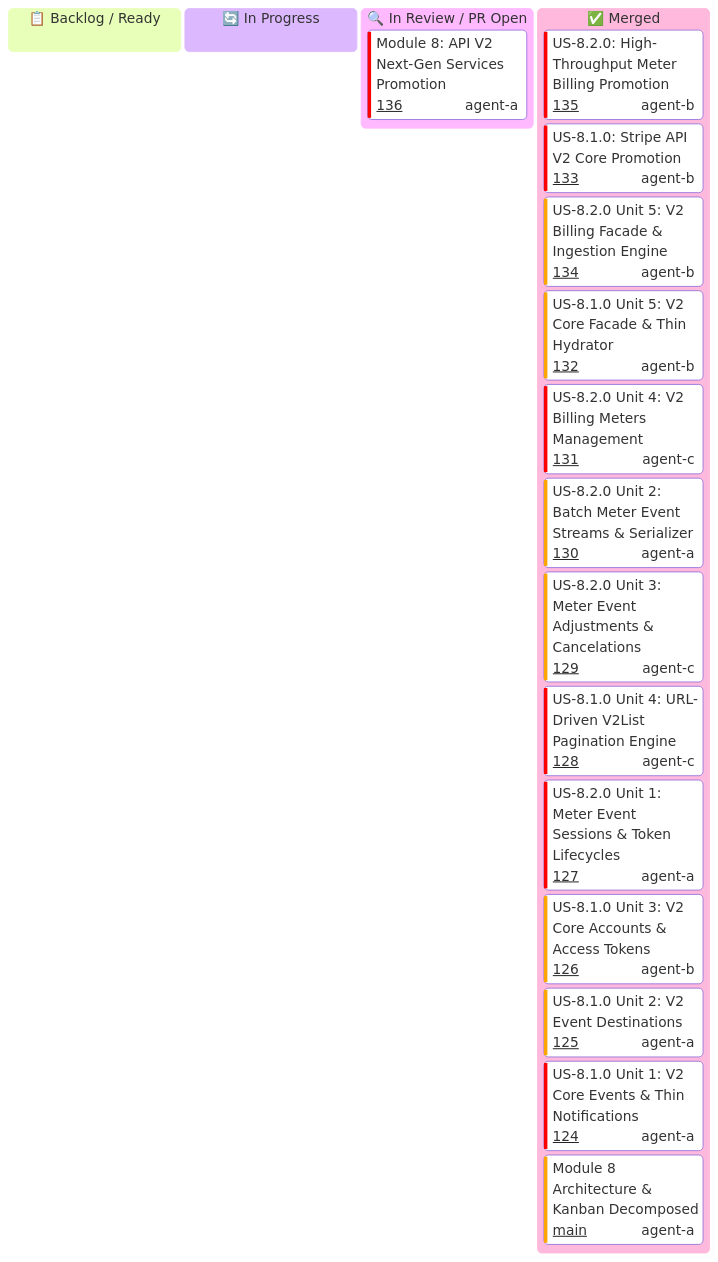
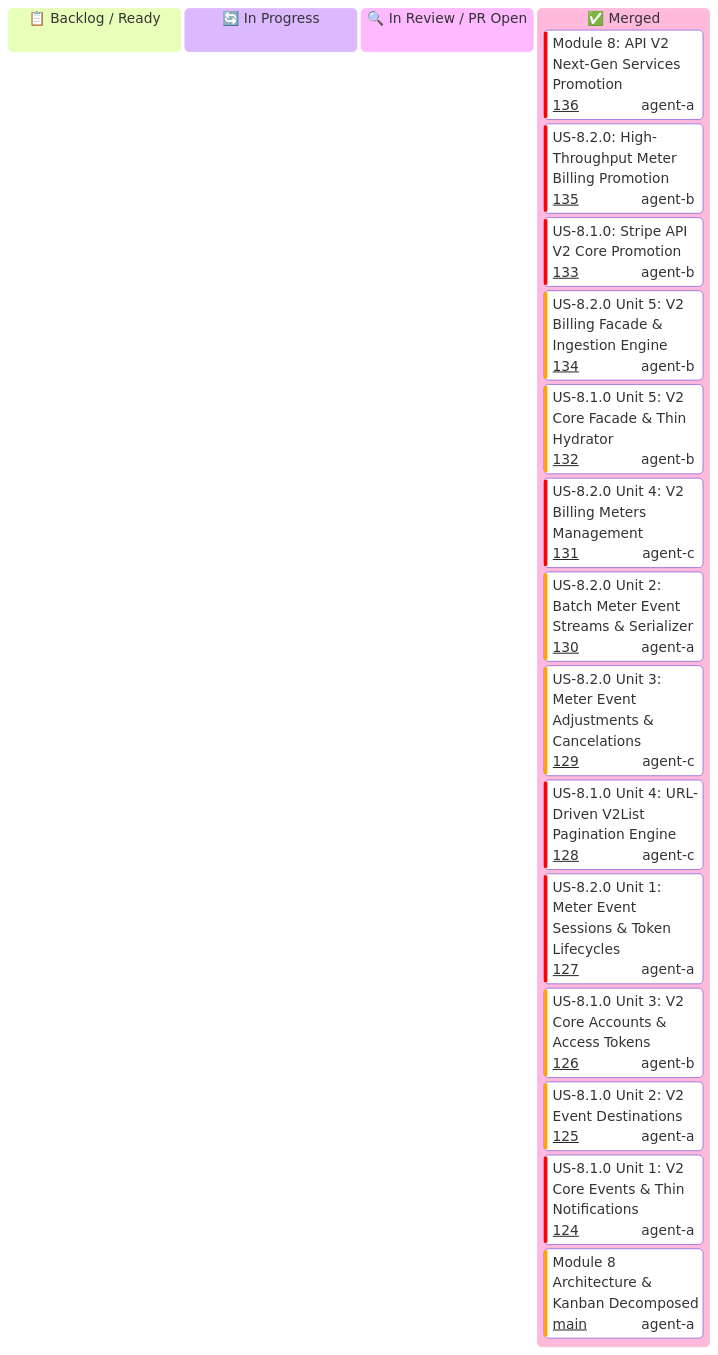
The diagram in docs/user-stories/module-8-v2-next-gen-services/KANBAN.md (some-of-cs/some-stripe), drawn with Mermaid before and after one commit. The commit also changed other lines of this file and 6 other files, not shown here.

````diff
--- a/docs/user-stories/module-8-v2-next-gen-services/KANBAN.md
+++ b/docs/user-stories/module-8-v2-next-gen-services/KANBAN.md
@@ -16,26 +16,26 @@
 ```mermaid
 ---
 config:
   kanban:
     ticketBaseUrl: 'https://github.com/some-of-cs/some-stripe/pull/#TICKET#'
 ---
 kanban
   todo[📋 Backlog / Ready]
   in_progress[🔄 In Progress]
   in_review[🔍 In Review / PR Open]
+  done[✅ Merged]
     m8_promo[Module 8: API V2 Next-Gen Services Promotion]@{ ticket: '136', assigned: 'agent-a', priority: 'Very High' }
-  done[✅ Merged]
     us82_story[US-8.2.0: High-Throughput Meter Billing Promotion]@{ ticket: '135', assigned: 'agent-b', priority: 'Very High' }
     us81_story[US-8.1.0: Stripe API V2 Core Promotion]@{ ticket: '133', assigned: 'agent-b', priority: 'Very High' }
     us82_u5[US-8.2.0 Unit 5: V2 Billing Facade & Ingestion Engine]@{ ticket: '134', assigned: 'agent-b', priority: 'High' }
     us81_u5[US-8.1.0 Unit 5: V2 Core Facade & Thin Hydrator]@{ ticket: '132', assigned: 'agent-b', priority: 'High' }
     us82_u4[US-8.2.0 Unit 4: V2 Billing Meters Management]@{ ticket: '131', assigned: 'agent-c', priority: 'Very High' }
     us82_u2[US-8.2.0 Unit 2: Batch Meter Event Streams & Serializer]@{ ticket: '130', assigned: 'agent-a', priority: 'High' }
     us82_u3[US-8.2.0 Unit 3: Meter Event Adjustments & Cancelations]@{ ticket: '129', assigned: 'agent-c', priority: 'High' }
     us81_u4[US-8.1.0 Unit 4: URL-Driven V2List Pagination Engine]@{ ticket: '128', assigned: 'agent-c', priority: 'Very High' }
     us82_u1[US-8.2.0 Unit 1: Meter Event Sessions & Token Lifecycles]@{ ticket: '127', assigned: 'agent-a', priority: 'Very High' }
     us81_u3[US-8.1.0 Unit 3: V2 Core Accounts & Access Tokens]@{ ticket: '126', assigned: 'agent-b', priority: 'High' }
     us81_u2[US-8.1.0 Unit 2: V2 Event Destinations]@{ ticket: '125', assigned: 'agent-a', priority: 'High' }
     us81_u1[US-8.1.0 Unit 1: V2 Core Events & Thin Notifications]@{ ticket: '124', assigned: 'agent-a', priority: 'Very High' }
     m8_init[Module 8 Architecture & Kanban Decomposed]@{ ticket: 'main', assigned: 'agent-a', priority: 'High' }
 ```
````
